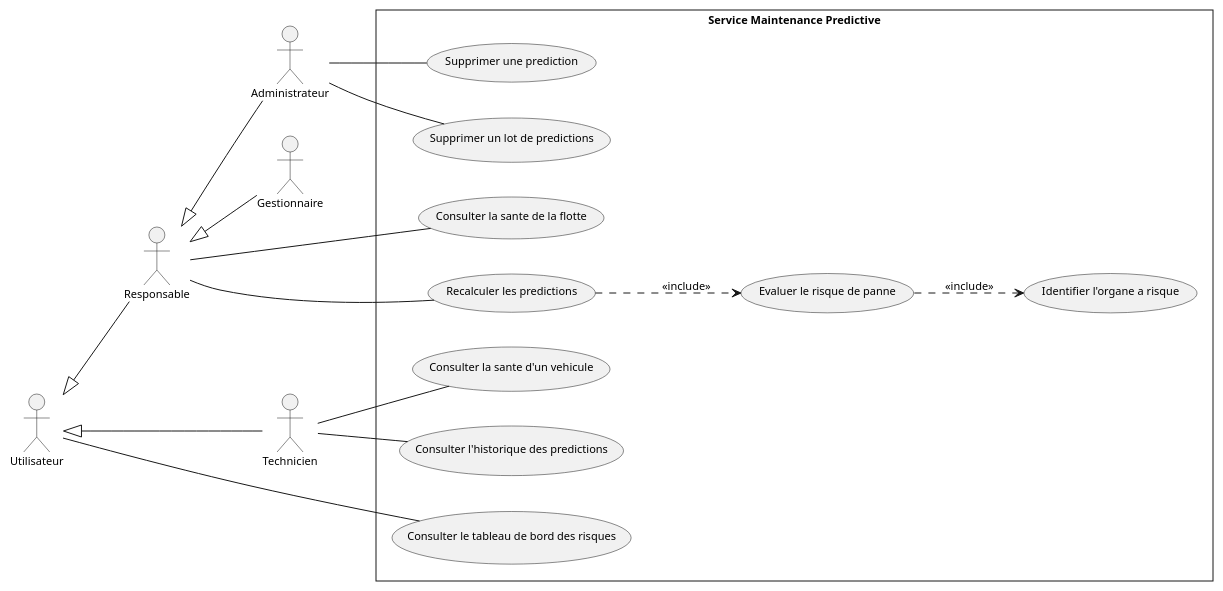
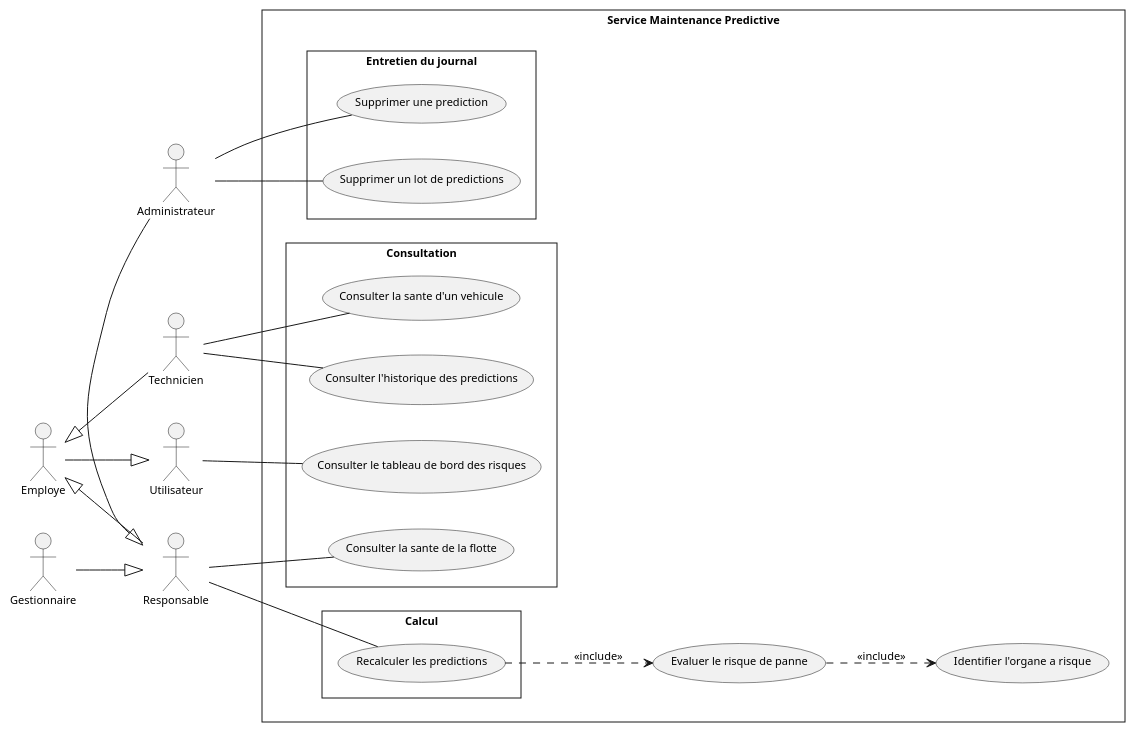
The diagram in docs/diagrams/microservices/PredictionPanne/PredictionPanne-usecase.puml (saber-barhoumi/Xpark-gmao), drawn with PlantUML before and after one commit. The commit also changed 12 other files, not shown here.

```diff
--- a/docs/diagrams/microservices/PredictionPanne/PredictionPanne-usecase.puml
+++ b/docs/diagrams/microservices/PredictionPanne/PredictionPanne-usecase.puml
@@ -1,48 +1,57 @@
 @startuml
 skinparam style strictuml
 skinparam packageStyle rectangle
 skinparam shadowing false
 skinparam defaultFontName Verdana
 skinparam defaultFontSize 11
 skinparam backgroundColor #FFFFFF
 left to right direction
 
-' Acteurs principaux, empiles a gauche du plus general au plus specialise
+' Acteurs, alignes a gauche : les porteurs d'associations sont
+' accoles a la frontiere, les acteurs structurels a leur gauche
 actor "Utilisateur" as Utilisateur
+actor "Employe" as Employe
 actor "Responsable" as Responsable
 actor "Administrateur" as Administrateur
 actor "Gestionnaire" as Gestionnaire
 actor "Technicien" as Technicien
 
 ' Generalisation : triangle creux, de l'enfant vers le parent
-Administrateur -up-|> Responsable
-Gestionnaire -up-|> Responsable
-Responsable -up-|> Utilisateur
-Technicien -up-|> Utilisateur
+Employe -down-|> Utilisateur
+Responsable -up-|> Employe
+Administrateur -left-|> Responsable
+Gestionnaire -down-|> Responsable
+Technicien -up-|> Employe
 
 rectangle "Service Maintenance Predictive" {
-  usecase "Consulter le tableau de bord des risques" as UC_Consulter_le_tableau_de_bord_des_r
-  usecase "Consulter la sante de la flotte" as UC_Consulter_la_sante_de_la_flotte
-  usecase "Recalculer les predictions" as UC_Recalculer_les_predictions
+  package "Consultation" {
+    usecase "Consulter le tableau de bord des risques" as UC_Consulter_le_tableau_de_bord_des_r
+    usecase "Consulter la sante de la flotte" as UC_Consulter_la_sante_de_la_flotte
+    usecase "Consulter la sante d'un vehicule" as UC_Consulter_la_sante_d_un_vehicule
+    usecase "Consulter l'historique des predictions" as UC_Consulter_l_historique_des_predict
+  }
+  package "Calcul" {
+    usecase "Recalculer les predictions" as UC_Recalculer_les_predictions
+  }
+  package "Entretien du journal" {
+    usecase "Supprimer une prediction" as UC_Supprimer_une_prediction
+    usecase "Supprimer un lot de predictions" as UC_Supprimer_un_lot_de_predictions
+  }
   usecase "Evaluer le risque de panne" as UC_Evaluer_le_risque_de_panne
-  usecase "Supprimer une prediction" as UC_Supprimer_une_prediction
-  usecase "Supprimer un lot de predictions" as UC_Supprimer_un_lot_de_predictions
-  usecase "Consulter la sante d'un vehicule" as UC_Consulter_la_sante_d_un_vehicule
-  usecase "Consulter l'historique des predictions" as UC_Consulter_l_historique_des_predict
   usecase "Identifier l'organe a risque" as UC_Identifier_l_organe_a_risque
 }
 
 ' Associations : trait continu sans fleche (relation d'association)
 Utilisateur -- UC_Consulter_le_tableau_de_bord_des_r
 Responsable -- UC_Consulter_la_sante_de_la_flotte
 Responsable -- UC_Recalculer_les_predictions
 Administrateur -- UC_Supprimer_une_prediction
 Administrateur -- UC_Supprimer_un_lot_de_predictions
 Technicien -- UC_Consulter_la_sante_d_un_vehicule
 Technicien -- UC_Consulter_l_historique_des_predict
 
 ' << include >> : du cas de base vers le cas obligatoire
 UC_Recalculer_les_predictions ..> UC_Evaluer_le_risque_de_panne : << include >>
 UC_Evaluer_le_risque_de_panne ..> UC_Identifier_l_organe_a_risque : << include >>
 
 @enduml
```
